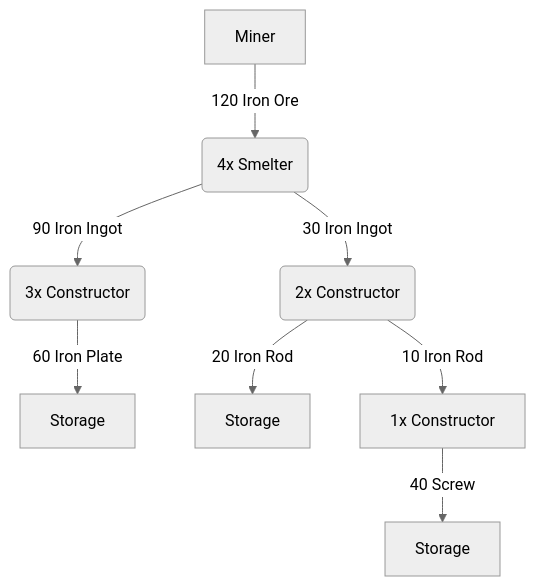
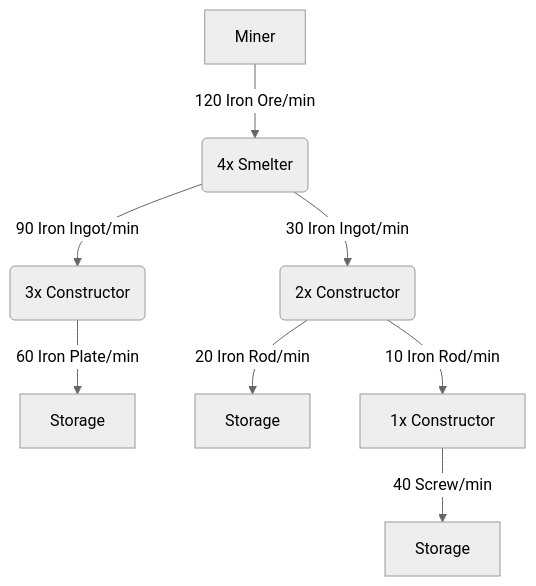
Before and after one commit to SvenLameir/satisfactory-cheat-sheet: the second of 5 diagrams in docs/Starter_Layouts.md, drawn with Mermaid (neutral theme). The commit also changed other lines of this file, not shown here.

````diff
--- a/docs/Starter_Layouts.md
+++ b/docs/Starter_Layouts.md
@@ -3,10 +20,10 @@
 ```mermaid
-flowchart TD
-    A[Miner] -->|120 Iron Ore| B(4x Smelter)
-    B -->|90 Iron Ingot| C(3x Constructor)
-    B -->|30 Iron Ingot| D(2x Constructor)
-    C -->|60 Iron Plate| E[Storage]
-    D -->|20 Iron Rod| F[Storage]
-    D -->|10 Iron Rod| G[1x Constructor]
-    G -->|40 Screw| H[Storage]
+graph TD
+    A[Miner] -->|120 Iron Ore/min| B(4x Smelter)
+    B -->|90 Iron Ingot/min| C(3x Constructor)
+    B -->|30 Iron Ingot/min| D(2x Constructor)
+    C -->|60 Iron Plate/min| E[Storage]
+    D -->|20 Iron Rod/min| F[Storage]
+    D -->|10 Iron Rod/min| G[1x Constructor]
+    G -->|40 Screw/min| H[Storage]
 ```
````
